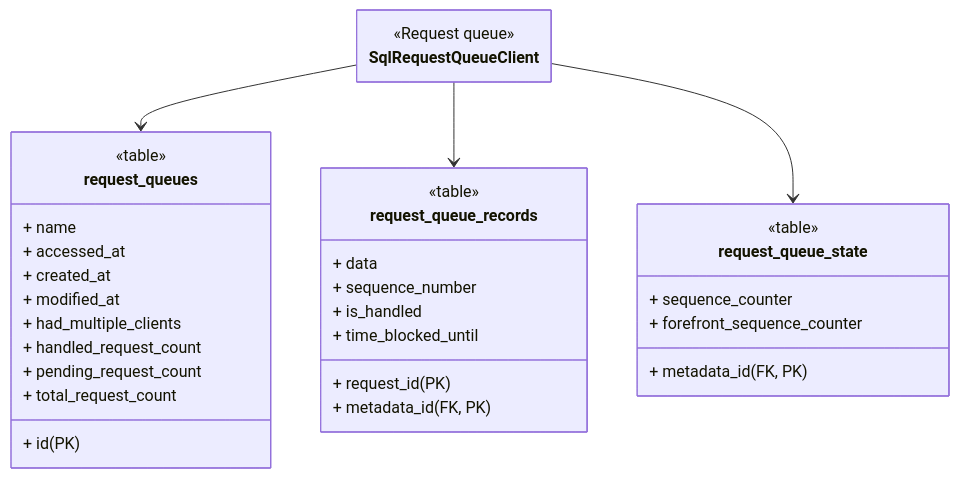
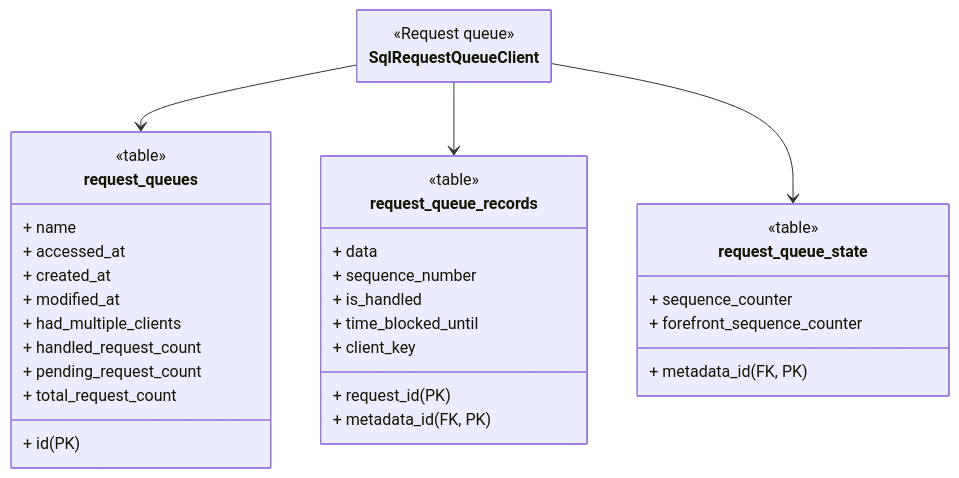
The third of 3 diagrams in docs/guides/storage_clients.mdx (apify/crawlee-python), drawn with Mermaid before and after one commit. The commit also changed 2 other files, not shown here.

Commit message:
add collumn client_key

````diff
--- a/docs/guides/storage_clients.mdx
+++ b/docs/guides/storage_clients.mdx
@@ -236,59 +236,60 @@
 ```mermaid
 ---
 config:
     class:
         hideEmptyMembersBox: true
 ---
 
 classDiagram
 
 %% ========================
 %% Storage Clients
 %% ========================
 
 class SqlRequestQueueClient {
     <<Request queue>>
 }
 
 %% ========================
 %% Request Queue Tables
 %% ========================
 
 class request_queues {
     <<table>>
     + id (PK)
     + name
     + accessed_at
     + created_at
     + modified_at
     + had_multiple_clients
     + handled_request_count
     + pending_request_count
     + total_request_count
 }
 
 class request_queue_records {
     <<table>>
     + request_id (PK)
     + metadata_id (FK, PK)
     + data
     + sequence_number
     + is_handled
     + time_blocked_until
+    + client_key
 }
 
 class request_queue_state {
     <<table>>
     + metadata_id (FK, PK)
     + sequence_counter
     + forefront_sequence_counter
 }
 
 %% ========================
 %% Client to Table arrows
 %% ========================
 
 SqlRequestQueueClient --> request_queues
 SqlRequestQueueClient --> request_queue_records
 SqlRequestQueueClient --> request_queue_state
 ```
````
